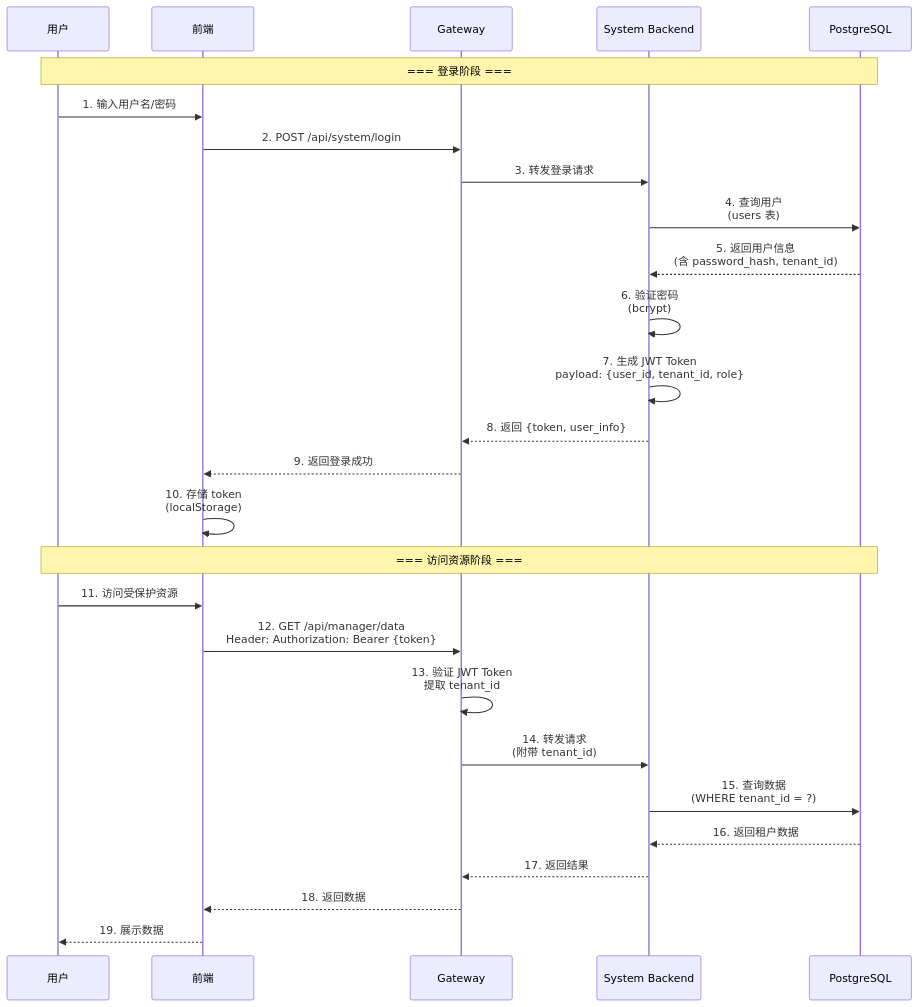
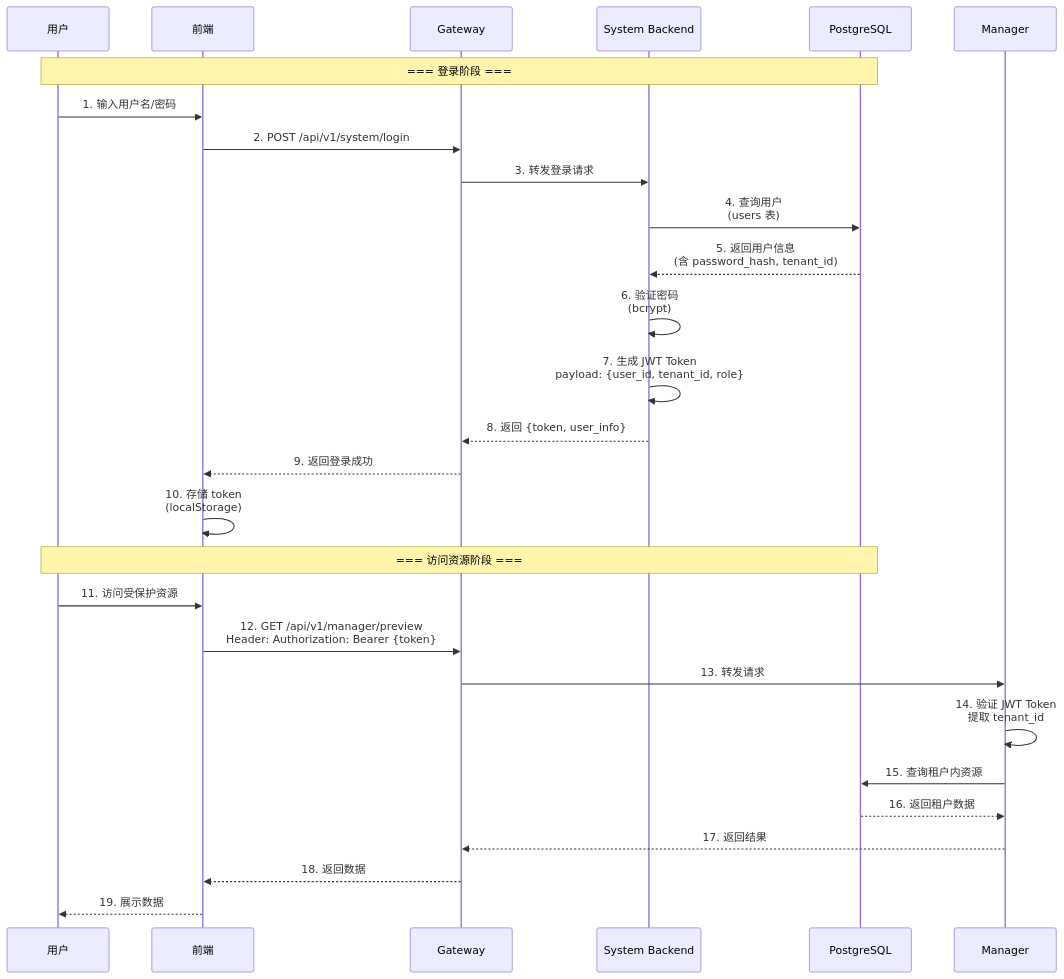
The first of 2 diagrams in docs/concepts/addp登录认证的原理说明.md (pampa0629/addp), drawn with Mermaid before and after one commit. The commit also changed other lines of this file and 402 other files, not shown here.

````diff
--- a/docs/concepts/addp登录认证的原理说明.md
+++ b/docs/concepts/addp登录认证的原理说明.md
@@ -26,33 +26,33 @@
 ```mermaid
 sequenceDiagram
     participant User as 用户
     participant Frontend as 前端
     participant Gateway as Gateway
     participant System as System Backend
     participant DB as PostgreSQL
 
     Note over User,DB: === 登录阶段 ===
 
     User->>Frontend: 1. 输入用户名/密码
-    Frontend->>Gateway: 2. POST /api/system/login
+    Frontend->>Gateway: 2. POST /api/v1/system/login
     Gateway->>System: 3. 转发登录请求
     System->>DB: 4. 查询用户<br/>(users 表)
     DB-->>System: 5. 返回用户信息<br/>(含 password_hash, tenant_id)
     System->>System: 6. 验证密码<br/>(bcrypt)
     System->>System: 7. 生成 JWT Token<br/>payload: {user_id, tenant_id, role}
     System-->>Gateway: 8. 返回 {token, user_info}
     Gateway-->>Frontend: 9. 返回登录成功
     Frontend->>Frontend: 10. 存储 token<br/>(localStorage)
 
     Note over User,DB: === 访问资源阶段 ===
 
     User->>Frontend: 11. 访问受保护资源
-    Frontend->>Gateway: 12. GET /api/manager/data<br/>Header: Authorization: Bearer {token}
-    Gateway->>Gateway: 13. 验证 JWT Token<br/>提取 tenant_id
-    Gateway->>System: 14. 转发请求<br/>(附带 tenant_id)
-    System->>DB: 15. 查询数据<br/>(WHERE tenant_id = ?)
-    DB-->>System: 16. 返回租户数据
-    System-->>Gateway: 17. 返回结果
+    Frontend->>Gateway: 12. GET /api/v1/manager/preview<br/>Header: Authorization: Bearer {token}
+    Gateway->>Manager: 13. 转发请求
+    Manager->>Manager: 14. 验证 JWT Token<br/>提取 tenant_id
+    Manager->>DB: 15. 查询租户内资源
+    DB-->>Manager: 16. 返回租户数据
+    Manager-->>Gateway: 17. 返回结果
     Gateway-->>Frontend: 18. 返回数据
     Frontend-->>User: 19. 展示数据
 ```
````
